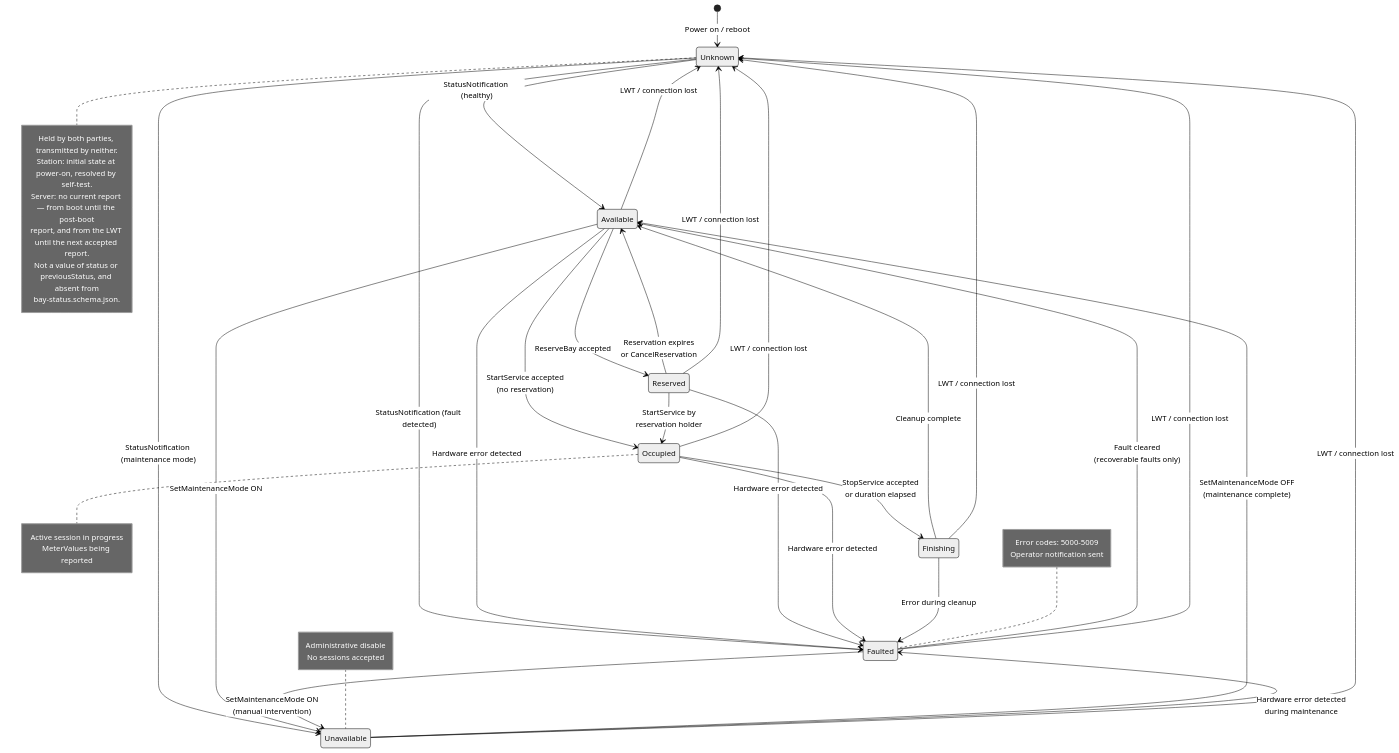
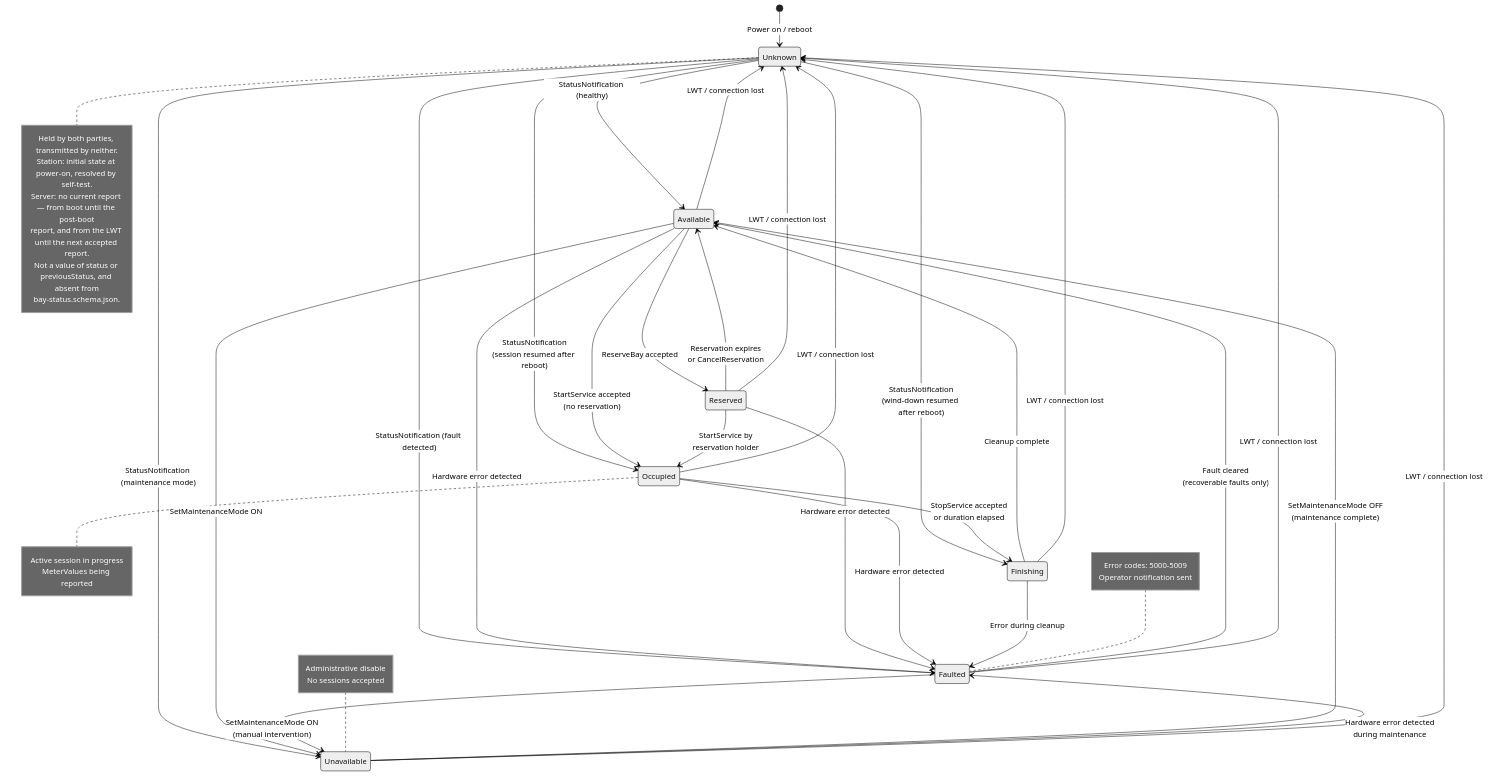
One commit to ospp-org/spec changed the diagram in diagrams/state-machine-bay.mmd. Above: the diagram before and after it, drawn with Mermaid (neutral theme). The commit also changed 11 other files, not shown here.

First line of the commit message:
spec(bay-fsm): compose — a station that reboots mid-session had no truthful bay report

```diff
--- a/diagrams/state-machine-bay.mmd
+++ b/diagrams/state-machine-bay.mmd
@@ -1,70 +1,72 @@
 %% OSPP Bay State Machine
 %% Reference: spec/05-state-machines.md, Section 2
 %% Each bay on a station MUST be in exactly one of these 7 states
 %%
 %% This diagram DEPICTS the canonical transition table at 05-state-machines.md §2.3;
 %% it does not define it. Where the two disagree the table governs, and the diagram
 %% is the defect. The table's "Effected by" column is rendered here as the split
-%% below: everything above the divider is a Station transition (18), the six edges
-%% into Unknown are the Server's inference (6). 24 in all.
+%% below: everything above the divider is a Station transition (20), the six edges
+%% into Unknown are the Server's inference (6). 26 in all.
 
 stateDiagram-v2
     [*] --> Unknown : Power on / reboot
 
     Unknown --> Available : StatusNotification (healthy)
     Unknown --> Faulted : StatusNotification (fault detected)
     Unknown --> Unavailable : StatusNotification (maintenance mode)
+    Unknown --> Occupied : StatusNotification<br/>(session resumed after reboot)
+    Unknown --> Finishing : StatusNotification<br/>(wind-down resumed after reboot)
 
     Available --> Reserved : ReserveBay accepted
     Available --> Occupied : StartService accepted<br/>(no reservation)
     Available --> Faulted : Hardware error detected
     Available --> Unavailable : SetMaintenanceMode ON
 
     Reserved --> Occupied : StartService by<br/>reservation holder
     Reserved --> Available : Reservation expires<br/>or CancelReservation
     Reserved --> Faulted : Hardware error detected
 
     Occupied --> Finishing : StopService accepted<br/>or duration elapsed
     Occupied --> Faulted : Hardware error detected
 
     Finishing --> Available : Cleanup complete
     Finishing --> Faulted : Error during cleanup
 
     Faulted --> Available : Fault cleared<br/>(recoverable faults only)
     Faulted --> Unavailable : SetMaintenanceMode ON<br/>(manual intervention)
 
     Unavailable --> Available : SetMaintenanceMode OFF<br/>(maintenance complete)
     Unavailable --> Faulted : Hardware error detected<br/>during maintenance
 
     %% SERVER rows. Inferred, never reported: no message carries these and a
     %% station MUST NOT implement them.
     Available --> Unknown : LWT / connection lost
     Reserved --> Unknown : LWT / connection lost
     Occupied --> Unknown : LWT / connection lost
     Finishing --> Unknown : LWT / connection lost
     Faulted --> Unknown : LWT / connection lost
     Unavailable --> Unknown : LWT / connection lost
 
     note right of Unknown
         Held by both parties, transmitted by neither.
         Station: initial state at power-on, resolved by self-test.
         Server: no current report — from boot until the post-boot
         report, and from the LWT until the next accepted report.
         Not a value of status or previousStatus, and absent from
         bay-status.schema.json.
     end note
 
     note right of Occupied
         Active session in progress
         MeterValues being reported
     end note
 
     note left of Faulted
         Error codes: 5000-5009
         Operator notification sent
     end note
 
     note left of Unavailable
         Administrative disable
         No sessions accepted
     end note
```
